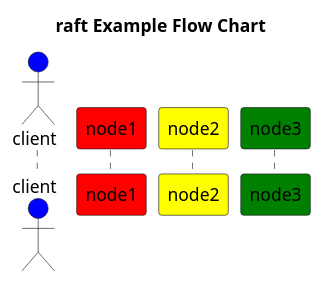
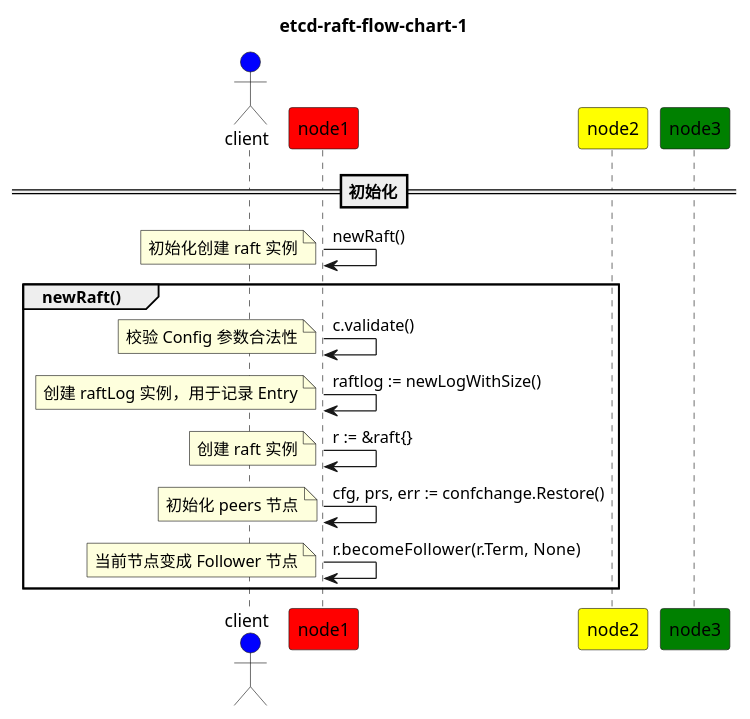
The first of 2 diagrams in image/etcd-raft.pu (Bevisy/etcd-code-analysis), drawn with PlantUML before and after one commit. The commit also changed other lines of this file and 6 other files, not shown here.

```diff
--- a/image/etcd-raft.pu
+++ b/image/etcd-raft.pu
@@ -1,12 +1,31 @@
 @startuml
 ' !theme materia-outline
 
-title raft Example Flow Chart
+title etcd-raft-flow-chart-1
 
 actor client as c1 #Blue
 participant node1 as n1 #Red
 participant node2 as n2 #Yellow
 participant node3 as n3 #Green
 
+==初始化==
+n1 -> n1: newRaft()
+note left: 初始化创建 raft 实例
+group newRaft()
+    n1 -> n1: c.validate()
+    note left: 校验 Config 参数合法性
+
+    n1 ->n1: raftlog := newLogWithSize()
+    note left: 创建 raftLog 实例，用于记录 Entry
+
+    n1 ->n1: r := &raft{}
+    note left: 创建 raft 实例
+
+    n1 ->n1: cfg, prs, err := confchange.Restore()
+    note left: 初始化 peers 节点
+
+    n1 ->n1: r.becomeFollower(r.Term, None)
+    note left: 当前节点变成 Follower 节点
+end
 
 @enduml
```
